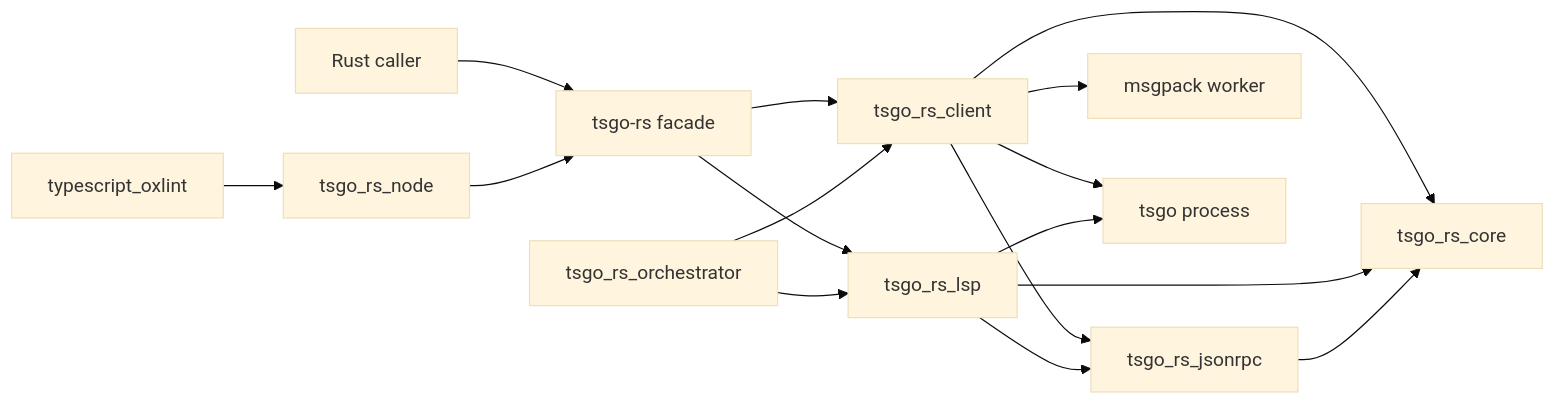
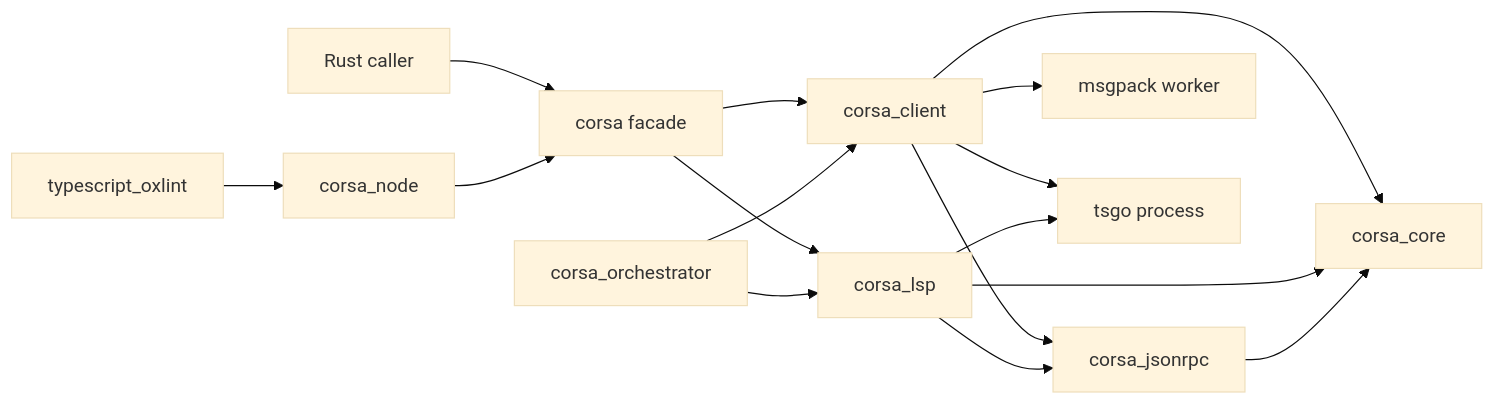
Before and after one commit to ren-yamanashi/corsa-bind: the diagram in docs/project_guide.md, drawn with Mermaid (base theme). The commit also changed other lines of this file and 150 other files, not shown here.

Commit message:
refactor: rename tsgo-rs workspace to corsa

````diff
--- a/docs/project_guide.md
+++ b/docs/project_guide.md
@@ -89,18 +89,18 @@
 ```mermaid
 flowchart LR
-    A["Rust caller"] --> B["tsgo-rs facade"]
-    B --> C["tsgo_rs_client"]
-    B --> D["tsgo_rs_lsp"]
-    C --> E["tsgo_rs_jsonrpc"]
+    A["Rust caller"] --> B["corsa facade"]
+    B --> C["corsa_client"]
+    B --> D["corsa_lsp"]
+    C --> E["corsa_jsonrpc"]
     C --> F["msgpack worker"]
     D --> E
-    C --> G["tsgo_rs_core"]
+    C --> G["corsa_core"]
     D --> G
     E --> G
     C --> H["tsgo process"]
     D --> H
-    I["tsgo_rs_orchestrator"] --> C
+    I["corsa_orchestrator"] --> C
     I --> D
-    J["tsgo_rs_node"] --> B
+    J["corsa_node"] --> B
     K["typescript_oxlint"] --> J
 ```
````
